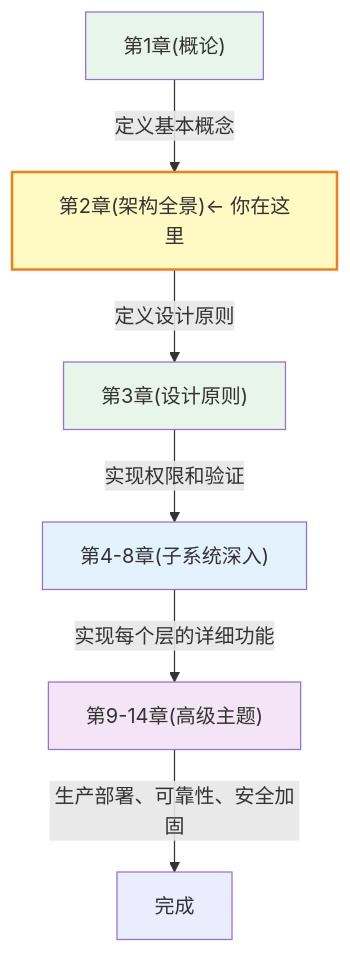
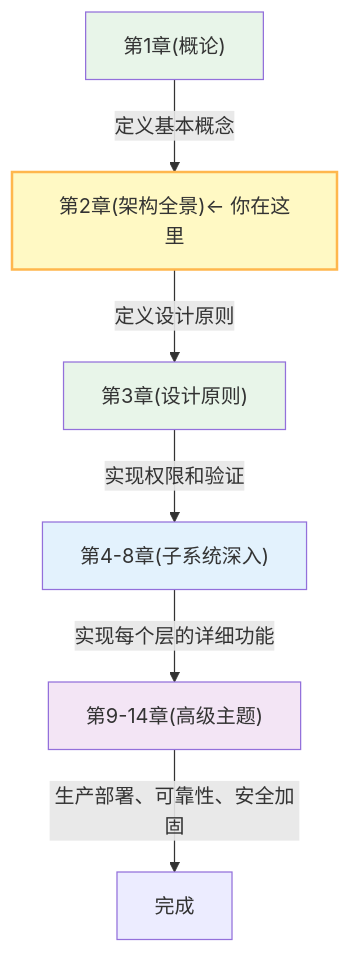
Before and after one commit to yeasy/harness_engineering_guide: the third of 3 diagrams in 02_architecture/summary.md, drawn with Mermaid. The commit also changed 10 other files, not shown here.

Commit message:
Fix saturated Mermaid stroke colors

````diff
--- a/02_architecture/summary.md
+++ b/02_architecture/summary.md
@@ -197,14 +197,14 @@
 ```mermaid
 flowchart TD
     A["第1章(概论)"] -->|定义基本概念| B["第2章(架构全景)← 你在这里"]
     B -->|定义设计原则| C["第3章(设计原则)"]
     C -->|实现权限和验证| D["第4-8章(子系统深入)"]
     D -->|实现每个层的详细功能| E["第9-14章(高级主题)"]
     E -->|生产部署、可靠性、安全加固| F["完成"]
 
     style A fill:#e8f5e9
-    style B fill:#fff9c4,stroke:#f57f17,stroke-width:2px
+    style B fill:#fff9c4,stroke:#ffb74d,stroke-width:2px
     style C fill:#e8f5e9
     style D fill:#e3f2fd
     style E fill:#f3e5f5
 ```
````
